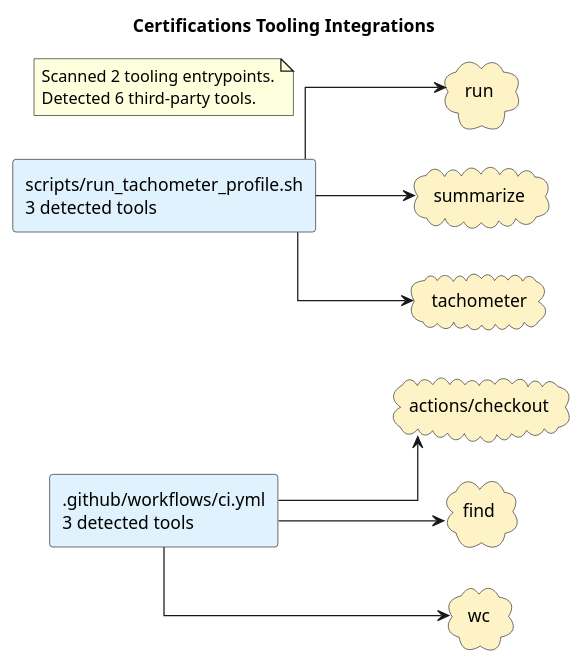
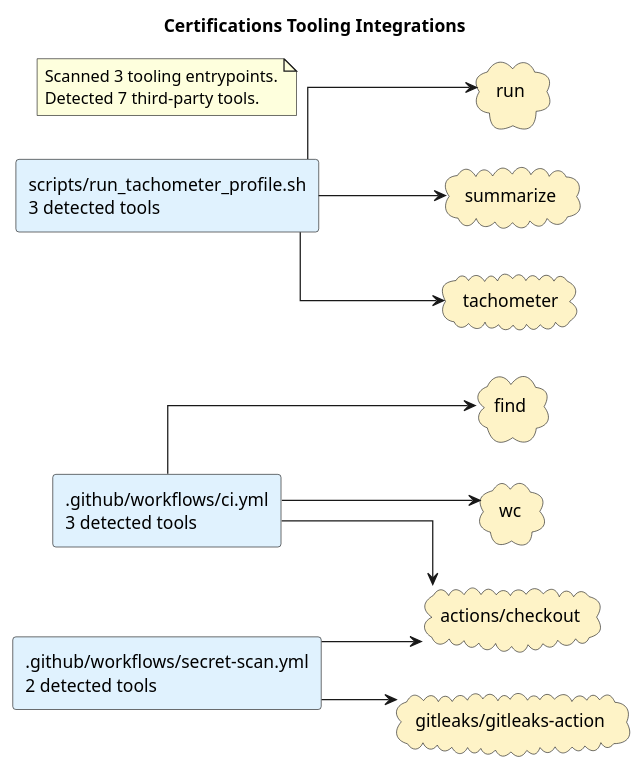
The diagram in docs/diagrams/tooling-integrations.puml (casonk/Certifications), drawn with PlantUML before and after one commit. The commit also changed 3 other files, not shown here.

First line of the commit message:
docs: refresh diagrams; ci: exclude baseline from workspace-path scan

```diff
--- a/docs/diagrams/tooling-integrations.puml
+++ b/docs/diagrams/tooling-integrations.puml
@@ -1,26 +1,30 @@
 @startuml
 title Certifications Tooling Integrations
 left to right direction
 skinparam shadowing false
 skinparam defaultFontName Monospace
 skinparam componentStyle rectangle
 skinparam linetype ortho
 rectangle ".github/workflows/ci.yml\n3 detected tools" as source_github_workflows_ci_yml #E0F2FE
+rectangle ".github/workflows/secret-scan.yml\n2 detected tools" as source_github_workflows_secret_scan_yml #E0F2FE
 rectangle "scripts/run_tachometer_profile.sh\n3 detected tools" as source_scripts_run_tachometer_profile_sh #E0F2FE
 cloud "actions/checkout" as tool_actions_checkout #FEF3C7
 cloud "find" as tool_find #FEF3C7
+cloud "gitleaks/gitleaks-action" as tool_gitleaks_gitleaks_action #FEF3C7
 cloud "run" as tool_run #FEF3C7
 cloud "summarize" as tool_summarize #FEF3C7
 cloud "tachometer" as tool_tachometer #FEF3C7
 cloud "wc" as tool_wc #FEF3C7
 source_github_workflows_ci_yml --> tool_actions_checkout
 source_github_workflows_ci_yml --> tool_find
 source_github_workflows_ci_yml --> tool_wc
+source_github_workflows_secret_scan_yml --> tool_actions_checkout
+source_github_workflows_secret_scan_yml --> tool_gitleaks_gitleaks_action
 source_scripts_run_tachometer_profile_sh --> tool_run
 source_scripts_run_tachometer_profile_sh --> tool_summarize
 source_scripts_run_tachometer_profile_sh --> tool_tachometer
 note as toolingGraphSummary
-Scanned 2 tooling entrypoints.
-Detected 6 third-party tools.
+Scanned 3 tooling entrypoints.
+Detected 7 third-party tools.
 end note
 @enduml
```
